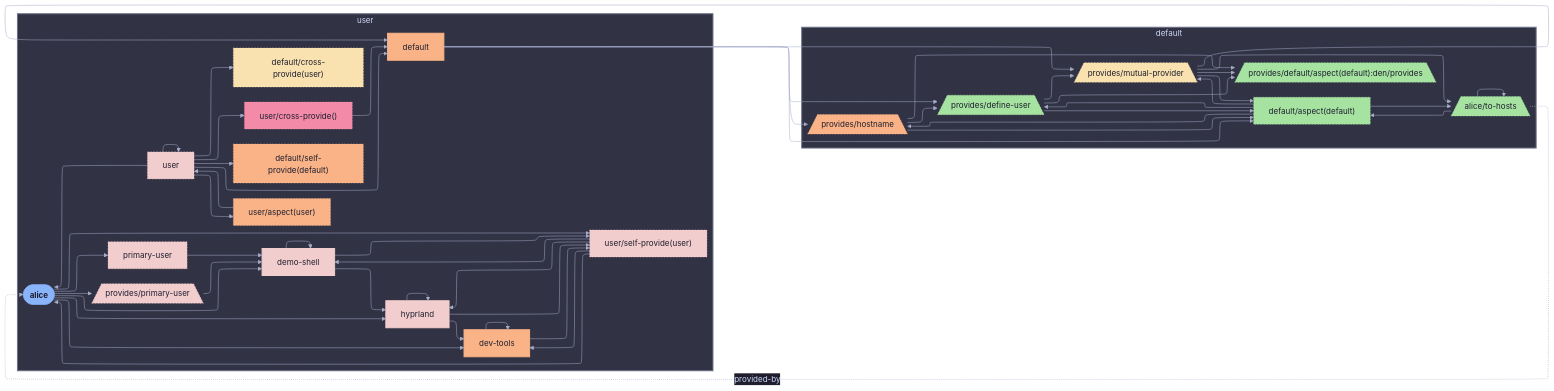
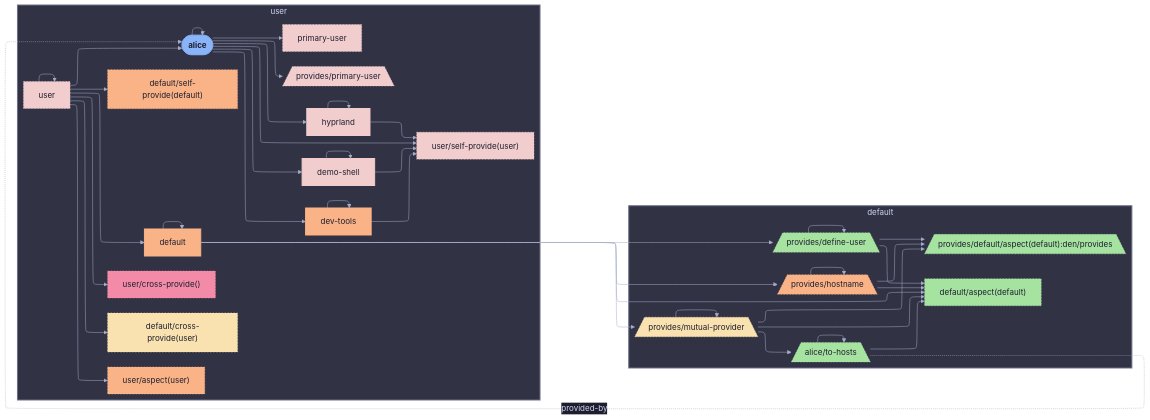
Before and after one commit to sini/den: the first of 3 diagrams in templates/diag-fx-demo/diagrams/angle-brackets-alice-dag.md, drawn with Mermaid. The commit also changed other lines of this file and 849 other files, not shown here.

Commit message:
chore: update fx diagrams

```diff
--- a/templates/diag-fx-demo/diagrams/angle-brackets-alice-dag.md
+++ b/templates/diag-fx-demo/diagrams/angle-brackets-alice-dag.md
@@ -19,6 +19,7 @@
   user__aspect_user_["user/aspect(user)"]:::user__aspect_user__c
   user__cross_provide__anon__["user/cross-provide(<anon>)"]:::user__cross_provide__anon___c
   user__self_provide_user_["user/self-provide(user)"]:::user__self_provide_user__c
+  alice --> alice
   alice --> demo_shell
   alice --> dev_tools
   alice --> hyprland
@@ -26,15 +27,11 @@
   alice --> den__provides__primary_user
   alice --> user__self_provide_user_
   demo_shell --> demo_shell
-  demo_shell --> hyprland
   demo_shell --> user__self_provide_user_
-  den__provides__primary_user --> demo_shell
   dev_tools --> dev_tools
   dev_tools --> user__self_provide_user_
-  hyprland --> dev_tools
   hyprland --> hyprland
   hyprland --> user__self_provide_user_
-  primary_user --> demo_shell
   user --> alice
   user --> n_default
   user --> default__cross_provide_user_
@@ -42,12 +39,6 @@
   user --> user
   user --> user__aspect_user_
   user --> user__cross_provide__anon__
-  user__aspect_user_ --> user
-  user__cross_provide__anon__ --> n_default
-  user__self_provide_user_ --> alice
-  user__self_provide_user_ --> demo_shell
-  user__self_provide_user_ --> dev_tools
-  user__self_provide_user_ --> hyprland
   end
   subgraph ctx_default["default"]
   n_default["default"]:::n_default_c
@@ -61,23 +52,20 @@
   alice__to_hosts[/"alice/to-hosts"\]:::alice__to_hosts_c
   alice__to_hosts --> default__aspect_default_
   alice__to_hosts --> alice__to_hosts
+  n_default --> n_default
   n_default --> default__aspect_default_
   n_default --> den__provides__define_user
   n_default --> den__provides__hostname
   n_default --> den__provides__mutual_provider
-  default__aspect_default_ --> den__provides__define_user
-  default__aspect_default_ --> den__provides__hostname
-  default__aspect_default_ --> den__provides__mutual_provider
-  default__aspect_default_ --> alice__to_hosts
   den__provides__define_user --> default__aspect_default_
   den__provides__define_user --> den__provides__default__aspect_default__den__provides
-  den__provides__define_user --> den__provides__mutual_provider
+  den__provides__define_user --> den__provides__define_user
   den__provides__hostname --> default__aspect_default_
   den__provides__hostname --> den__provides__default__aspect_default__den__provides
-  den__provides__hostname --> den__provides__define_user
-  den__provides__mutual_provider --> n_default
+  den__provides__hostname --> den__provides__hostname
   den__provides__mutual_provider --> default__aspect_default_
   den__provides__mutual_provider --> den__provides__default__aspect_default__den__provides
+  den__provides__mutual_provider --> den__provides__mutual_provider
   den__provides__mutual_provider --> alice__to_hosts
   alice__to_hosts -.->|provided-by| alice
   end
```
